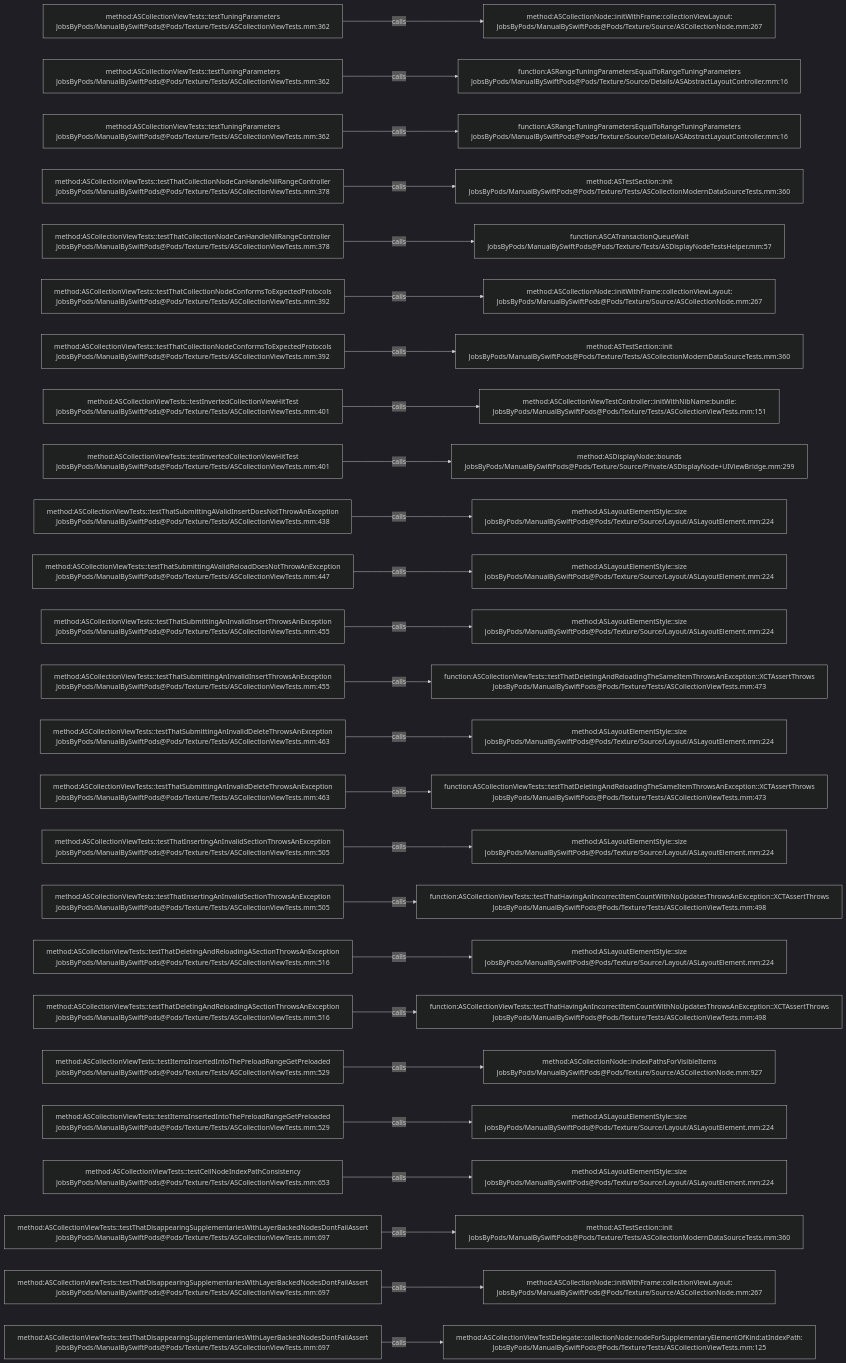
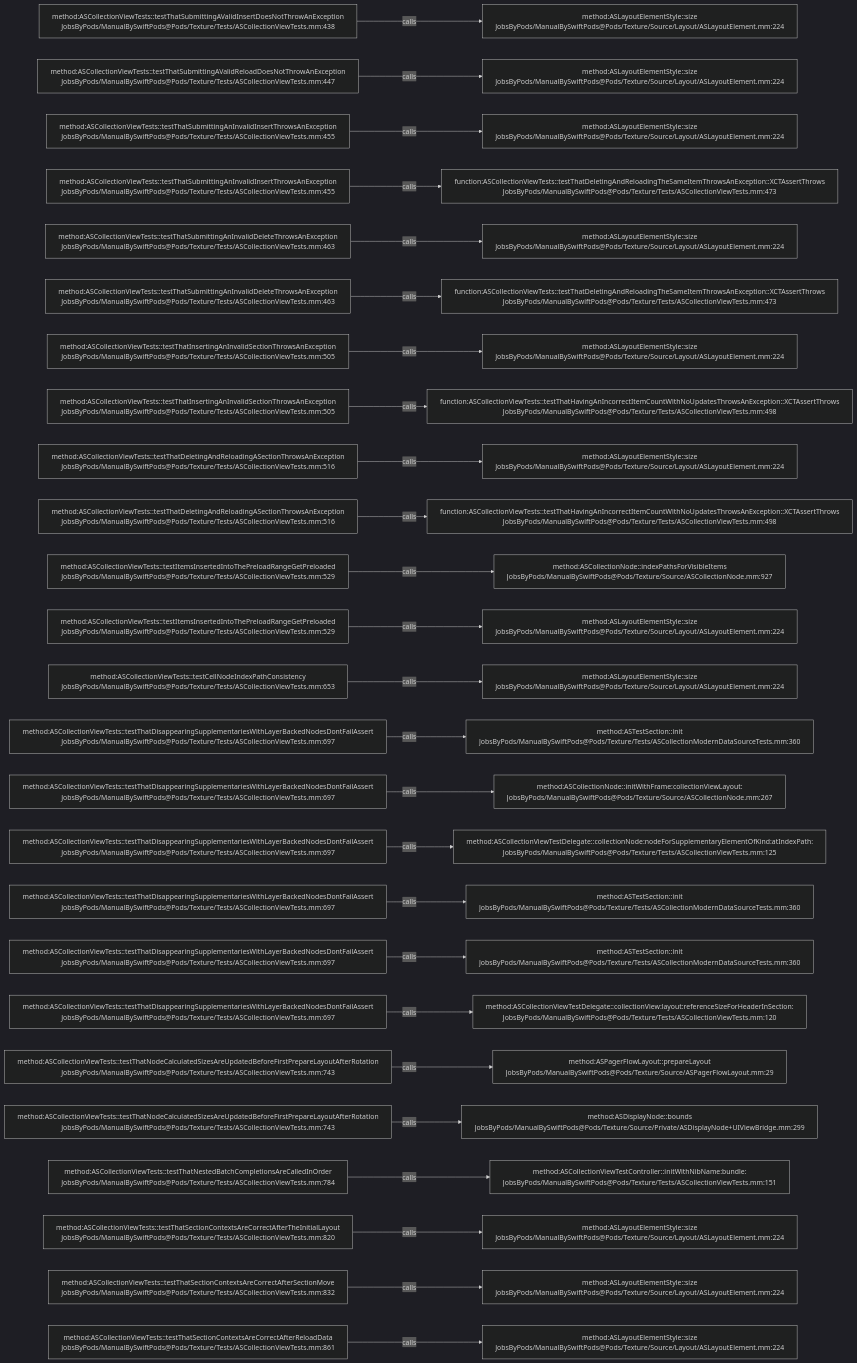
One commit to JobsKits/JobsSwiftBaseConfigDemo changed the diagram in .codegraph/codegraph.md/graphs/calls-172.md. Above: the diagram before and after it, drawn with Mermaid (dark theme). The commit also changed 707 other files, not shown here.

````diff
--- a/.codegraph/codegraph.md/graphs/calls-172.md
+++ b/.codegraph/codegraph.md/graphs/calls-172.md
@@ -13,78 +13,78 @@
 ```mermaid
 flowchart LR
-  S1["method:ASCollectionViewTests::testTuningParameters<br/>JobsByPods/ManualBySwiftPods@Pods/Texture/Tests/ASCollectionViewTests.mm:362"]
-  T1["method:ASCollectionNode::initWithFrame:collectionViewLayout:<br/>JobsByPods/ManualBySwiftPods@Pods/Texture/Source/ASCollectionNode.mm:267"]
+  S1["method:ASCollectionViewTests::testThatSubmittingAValidInsertDoesNotThrowAnException<br/>JobsByPods/ManualBySwiftPods@Pods/Texture/Tests/ASCollectionViewTests.mm:438"]
+  T1["method:ASLayoutElementStyle::size<br/>JobsByPods/ManualBySwiftPods@Pods/Texture/Source/Layout/ASLayoutElement.mm:224"]
   S1 -->|calls| T1
-  S2["method:ASCollectionViewTests::testTuningParameters<br/>JobsByPods/ManualBySwiftPods@Pods/Texture/Tests/ASCollectionViewTests.mm:362"]
-  T2["function:ASRangeTuningParametersEqualToRangeTuningParameters<br/>JobsByPods/ManualBySwiftPods@Pods/Texture/Source/Details/ASAbstractLayoutController.mm:16"]
+  S2["method:ASCollectionViewTests::testThatSubmittingAValidReloadDoesNotThrowAnException<br/>JobsByPods/ManualBySwiftPods@Pods/Texture/Tests/ASCollectionViewTests.mm:447"]
+  T2["method:ASLayoutElementStyle::size<br/>JobsByPods/ManualBySwiftPods@Pods/Texture/Source/Layout/ASLayoutElement.mm:224"]
   S2 -->|calls| T2
-  S3["method:ASCollectionViewTests::testTuningParameters<br/>JobsByPods/ManualBySwiftPods@Pods/Texture/Tests/ASCollectionViewTests.mm:362"]
-  T3["function:ASRangeTuningParametersEqualToRangeTuningParameters<br/>JobsByPods/ManualBySwiftPods@Pods/Texture/Source/Details/ASAbstractLayoutController.mm:16"]
+  S3["method:ASCollectionViewTests::testThatSubmittingAnInvalidInsertThrowsAnException<br/>JobsByPods/ManualBySwiftPods@Pods/Texture/Tests/ASCollectionViewTests.mm:455"]
+  T3["method:ASLayoutElementStyle::size<br/>JobsByPods/ManualBySwiftPods@Pods/Texture/Source/Layout/ASLayoutElement.mm:224"]
   S3 -->|calls| T3
-  S4["method:ASCollectionViewTests::testThatCollectionNodeCanHandleNilRangeController<br/>JobsByPods/ManualBySwiftPods@Pods/Texture/Tests/ASCollectionViewTests.mm:378"]
-  T4["method:ASTestSection::init<br/>JobsByPods/ManualBySwiftPods@Pods/Texture/Tests/ASCollectionModernDataSourceTests.mm:360"]
+  S4["method:ASCollectionViewTests::testThatSubmittingAnInvalidInsertThrowsAnException<br/>JobsByPods/ManualBySwiftPods@Pods/Texture/Tests/ASCollectionViewTests.mm:455"]
+  T4["function:ASCollectionViewTests::testThatDeletingAndReloadingTheSameItemThrowsAnException::XCTAssertThrows<br/>JobsByPods/ManualBySwiftPods@Pods/Texture/Tests/ASCollectionViewTests.mm:473"]
   S4 -->|calls| T4
-  S5["method:ASCollectionViewTests::testThatCollectionNodeCanHandleNilRangeController<br/>JobsByPods/ManualBySwiftPods@Pods/Texture/Tests/ASCollectionViewTests.mm:378"]
-  T5["function:ASCATransactionQueueWait<br/>JobsByPods/ManualBySwiftPods@Pods/Texture/Tests/ASDisplayNodeTestsHelper.mm:57"]
+  S5["method:ASCollectionViewTests::testThatSubmittingAnInvalidDeleteThrowsAnException<br/>JobsByPods/ManualBySwiftPods@Pods/Texture/Tests/ASCollectionViewTests.mm:463"]
+  T5["method:ASLayoutElementStyle::size<br/>JobsByPods/ManualBySwiftPods@Pods/Texture/Source/Layout/ASLayoutElement.mm:224"]
   S5 -->|calls| T5
-  S6["method:ASCollectionViewTests::testThatCollectionNodeConformsToExpectedProtocols<br/>JobsByPods/ManualBySwiftPods@Pods/Texture/Tests/ASCollectionViewTests.mm:392"]
-  T6["method:ASCollectionNode::initWithFrame:collectionViewLayout:<br/>JobsByPods/ManualBySwiftPods@Pods/Texture/Source/ASCollectionNode.mm:267"]
+  S6["method:ASCollectionViewTests::testThatSubmittingAnInvalidDeleteThrowsAnException<br/>JobsByPods/ManualBySwiftPods@Pods/Texture/Tests/ASCollectionViewTests.mm:463"]
+  T6["function:ASCollectionViewTests::testThatDeletingAndReloadingTheSameItemThrowsAnException::XCTAssertThrows<br/>JobsByPods/ManualBySwiftPods@Pods/Texture/Tests/ASCollectionViewTests.mm:473"]
   S6 -->|calls| T6
-  S7["method:ASCollectionViewTests::testThatCollectionNodeConformsToExpectedProtocols<br/>JobsByPods/ManualBySwiftPods@Pods/Texture/Tests/ASCollectionViewTests.mm:392"]
-  T7["method:ASTestSection::init<br/>JobsByPods/ManualBySwiftPods@Pods/Texture/Tests/ASCollectionModernDataSourceTests.mm:360"]
+  S7["method:ASCollectionViewTests::testThatInsertingAnInvalidSectionThrowsAnException<br/>JobsByPods/ManualBySwiftPods@Pods/Texture/Tests/ASCollectionViewTests.mm:505"]
+  T7["method:ASLayoutElementStyle::size<br/>JobsByPods/ManualBySwiftPods@Pods/Texture/Source/Layout/ASLayoutElement.mm:224"]
   S7 -->|calls| T7
-  S8["method:ASCollectionViewTests::testInvertedCollectionViewHitTest<br/>JobsByPods/ManualBySwiftPods@Pods/Texture/Tests/ASCollectionViewTests.mm:401"]
-  T8["method:ASCollectionViewTestController::initWithNibName:bundle:<br/>JobsByPods/ManualBySwiftPods@Pods/Texture/Tests/ASCollectionViewTests.mm:151"]
+  S8["method:ASCollectionViewTests::testThatInsertingAnInvalidSectionThrowsAnException<br/>JobsByPods/ManualBySwiftPods@Pods/Texture/Tests/ASCollectionViewTests.mm:505"]
+  T8["function:ASCollectionViewTests::testThatHavingAnIncorrectItemCountWithNoUpdatesThrowsAnException::XCTAssertThrows<br/>JobsByPods/ManualBySwiftPods@Pods/Texture/Tests/ASCollectionViewTests.mm:498"]
   S8 -->|calls| T8
-  S9["method:ASCollectionViewTests::testInvertedCollectionViewHitTest<br/>JobsByPods/ManualBySwiftPods@Pods/Texture/Tests/ASCollectionViewTests.mm:401"]
-  T9["method:ASDisplayNode::bounds<br/>JobsByPods/ManualBySwiftPods@Pods/Texture/Source/Private/ASDisplayNode+UIViewBridge.mm:299"]
+  S9["method:ASCollectionViewTests::testThatDeletingAndReloadingASectionThrowsAnException<br/>JobsByPods/ManualBySwiftPods@Pods/Texture/Tests/ASCollectionViewTests.mm:516"]
+  T9["method:ASLayoutElementStyle::size<br/>JobsByPods/ManualBySwiftPods@Pods/Texture/Source/Layout/ASLayoutElement.mm:224"]
   S9 -->|calls| T9
-  S10["method:ASCollectionViewTests::testThatSubmittingAValidInsertDoesNotThrowAnException<br/>JobsByPods/ManualBySwiftPods@Pods/Texture/Tests/ASCollectionViewTests.mm:438"]
-  T10["method:ASLayoutElementStyle::size<br/>JobsByPods/ManualBySwiftPods@Pods/Texture/Source/Layout/ASLayoutElement.mm:224"]
+  S10["method:ASCollectionViewTests::testThatDeletingAndReloadingASectionThrowsAnException<br/>JobsByPods/ManualBySwiftPods@Pods/Texture/Tests/ASCollectionViewTests.mm:516"]
+  T10["function:ASCollectionViewTests::testThatHavingAnIncorrectItemCountWithNoUpdatesThrowsAnException::XCTAssertThrows<br/>JobsByPods/ManualBySwiftPods@Pods/Texture/Tests/ASCollectionViewTests.mm:498"]
   S10 -->|calls| T10
-  S11["method:ASCollectionViewTests::testThatSubmittingAValidReloadDoesNotThrowAnException<br/>JobsByPods/ManualBySwiftPods@Pods/Texture/Tests/ASCollectionViewTests.mm:447"]
-  T11["method:ASLayoutElementStyle::size<br/>JobsByPods/ManualBySwiftPods@Pods/Texture/Source/Layout/ASLayoutElement.mm:224"]
+  S11["method:ASCollectionViewTests::testItemsInsertedIntoThePreloadRangeGetPreloaded<br/>JobsByPods/ManualBySwiftPods@Pods/Texture/Tests/ASCollectionViewTests.mm:529"]
+  T11["method:ASCollectionNode::indexPathsForVisibleItems<br/>JobsByPods/ManualBySwiftPods@Pods/Texture/Source/ASCollectionNode.mm:927"]
   S11 -->|calls| T11
-  S12["method:ASCollectionViewTests::testThatSubmittingAnInvalidInsertThrowsAnException<br/>JobsByPods/ManualBySwiftPods@Pods/Texture/Tests/ASCollectionViewTests.mm:455"]
+  S12["method:ASCollectionViewTests::testItemsInsertedIntoThePreloadRangeGetPreloaded<br/>JobsByPods/ManualBySwiftPods@Pods/Texture/Tests/ASCollectionViewTests.mm:529"]
   T12["method:ASLayoutElementStyle::size<br/>JobsByPods/ManualBySwiftPods@Pods/Texture/Source/Layout/ASLayoutElement.mm:224"]
   S12 -->|calls| T12
-  S13["method:ASCollectionViewTests::testThatSubmittingAnInvalidInsertThrowsAnException<br/>JobsByPods/ManualBySwiftPods@Pods/Texture/Tests/ASCollectionViewTests.mm:455"]
-  T13["function:ASCollectionViewTests::testThatDeletingAndReloadingTheSameItemThrowsAnException::XCTAssertThrows<br/>JobsByPods/ManualBySwiftPods@Pods/Texture/Tests/ASCollectionViewTests.mm:473"]
+  S13["method:ASCollectionViewTests::testCellNodeIndexPathConsistency<br/>JobsByPods/ManualBySwiftPods@Pods/Texture/Tests/ASCollectionViewTests.mm:653"]
+  T13["method:ASLayoutElementStyle::size<br/>JobsByPods/ManualBySwiftPods@Pods/Texture/Source/Layout/ASLayoutElement.mm:224"]
   S13 -->|calls| T13
-  S14["method:ASCollectionViewTests::testThatSubmittingAnInvalidDeleteThrowsAnException<br/>JobsByPods/ManualBySwiftPods@Pods/Texture/Tests/ASCollectionViewTests.mm:463"]
-  T14["method:ASLayoutElementStyle::size<br/>JobsByPods/ManualBySwiftPods@Pods/Texture/Source/Layout/ASLayoutElement.mm:224"]
+  S14["method:ASCollectionViewTests::testThatDisappearingSupplementariesWithLayerBackedNodesDontFailAssert<br/>JobsByPods/ManualBySwiftPods@Pods/Texture/Tests/ASCollectionViewTests.mm:697"]
+  T14["method:ASTestSection::init<br/>JobsByPods/ManualBySwiftPods@Pods/Texture/Tests/ASCollectionModernDataSourceTests.mm:360"]
   S14 -->|calls| T14
-  S15["method:ASCollectionViewTests::testThatSubmittingAnInvalidDeleteThrowsAnException<br/>JobsByPods/ManualBySwiftPods@Pods/Texture/Tests/ASCollectionViewTests.mm:463"]
-  T15["function:ASCollectionViewTests::testThatDeletingAndReloadingTheSameItemThrowsAnException::XCTAssertThrows<br/>JobsByPods/ManualBySwiftPods@Pods/Texture/Tests/ASCollectionViewTests.mm:473"]
+  S15["method:ASCollectionViewTests::testThatDisappearingSupplementariesWithLayerBackedNodesDontFailAssert<br/>JobsByPods/ManualBySwiftPods@Pods/Texture/Tests/ASCollectionViewTests.mm:697"]
+  T15["method:ASCollectionNode::initWithFrame:collectionViewLayout:<br/>JobsByPods/ManualBySwiftPods@Pods/Texture/Source/ASCollectionNode.mm:267"]
   S15 -->|calls| T15
-  S16["method:ASCollectionViewTests::testThatInsertingAnInvalidSectionThrowsAnException<br/>JobsByPods/ManualBySwiftPods@Pods/Texture/Tests/ASCollectionViewTests.mm:505"]
-  T16["method:ASLayoutElementStyle::size<br/>JobsByPods/ManualBySwiftPods@Pods/Texture/Source/Layout/ASLayoutElement.mm:224"]
+  S16["method:ASCollectionViewTests::testThatDisappearingSupplementariesWithLayerBackedNodesDontFailAssert<br/>JobsByPods/ManualBySwiftPods@Pods/Texture/Tests/ASCollectionViewTests.mm:697"]
+  T16["method:ASCollectionViewTestDelegate::collectionNode:nodeForSupplementaryElementOfKind:atIndexPath:<br/>JobsByPods/ManualBySwiftPods@Pods/Texture/Tests/ASCollectionViewTests.mm:125"]
   S16 -->|calls| T16
-  S17["method:ASCollectionViewTests::testThatInsertingAnInvalidSectionThrowsAnException<br/>JobsByPods/ManualBySwiftPods@Pods/Texture/Tests/ASCollectionViewTests.mm:505"]
-  T17["function:ASCollectionViewTests::testThatHavingAnIncorrectItemCountWithNoUpdatesThrowsAnException::XCTAssertThrows<br/>JobsByPods/ManualBySwiftPods@Pods/Texture/Tests/ASCollectionViewTests.mm:498"]
+  S17["method:ASCollectionViewTests::testThatDisappearingSupplementariesWithLayerBackedNodesDontFailAssert<br/>JobsByPods/ManualBySwiftPods@Pods/Texture/Tests/ASCollectionViewTests.mm:697"]
+  T17["method:ASTestSection::init<br/>JobsByPods/ManualBySwiftPods@Pods/Texture/Tests/ASCollectionModernDataSourceTests.mm:360"]
   S17 -->|calls| T17
-  S18["method:ASCollectionViewTests::testThatDeletingAndReloadingASectionThrowsAnException<br/>JobsByPods/ManualBySwiftPods@Pods/Texture/Tests/ASCollectionViewTests.mm:516"]
-  T18["method:ASLayoutElementStyle::size<br/>JobsByPods/ManualBySwiftPods@Pods/Texture/Source/Layout/ASLayoutElement.mm:224"]
+  S18["method:ASCollectionViewTests::testThatDisappearingSupplementariesWithLayerBackedNodesDontFailAssert<br/>JobsByPods/ManualBySwiftPods@Pods/Texture/Tests/ASCollectionViewTests.mm:697"]
+  T18["method:ASTestSection::init<br/>JobsByPods/ManualBySwiftPods@Pods/Texture/Tests/ASCollectionModernDataSourceTests.mm:360"]
   S18 -->|calls| T18
-  S19["method:ASCollectionViewTests::testThatDeletingAndReloadingASectionThrowsAnException<br/>JobsByPods/ManualBySwiftPods@Pods/Texture/Tests/ASCollectionViewTests.mm:516"]
-  T19["function:ASCollectionViewTests::testThatHavingAnIncorrectItemCountWithNoUpdatesThrowsAnException::XCTAssertThrows<br/>JobsByPods/ManualBySwiftPods@Pods/Texture/Tests/ASCollectionViewTests.mm:498"]
+  S19["method:ASCollectionViewTests::testThatDisappearingSupplementariesWithLayerBackedNodesDontFailAssert<br/>JobsByPods/ManualBySwiftPods@Pods/Texture/Tests/ASCollectionViewTests.mm:697"]
+  T19["method:ASCollectionViewTestDelegate::collectionView:layout:referenceSizeForHeaderInSection:<br/>JobsByPods/ManualBySwiftPods@Pods/Texture/Tests/ASCollectionViewTests.mm:120"]
   S19 -->|calls| T19
-  S20["method:ASCollectionViewTests::testItemsInsertedIntoThePreloadRangeGetPreloaded<br/>JobsByPods/ManualBySwiftPods@Pods/Texture/Tests/ASCollectionViewTests.mm:529"]
-  T20["method:ASCollectionNode::indexPathsForVisibleItems<br/>JobsByPods/ManualBySwiftPods@Pods/Texture/Source/ASCollectionNode.mm:927"]
+  S20["method:ASCollectionViewTests::testThatNodeCalculatedSizesAreUpdatedBeforeFirstPrepareLayoutAfterRotation<br/>JobsByPods/ManualBySwiftPods@Pods/Texture/Tests/ASCollectionViewTests.mm:743"]
+  T20["method:ASPagerFlowLayout::prepareLayout<br/>JobsByPods/ManualBySwiftPods@Pods/Texture/Source/ASPagerFlowLayout.mm:29"]
   S20 -->|calls| T20
-  S21["method:ASCollectionViewTests::testItemsInsertedIntoThePreloadRangeGetPreloaded<br/>JobsByPods/ManualBySwiftPods@Pods/Texture/Tests/ASCollectionViewTests.mm:529"]
-  T21["method:ASLayoutElementStyle::size<br/>JobsByPods/ManualBySwiftPods@Pods/Texture/Source/Layout/ASLayoutElement.mm:224"]
+  S21["method:ASCollectionViewTests::testThatNodeCalculatedSizesAreUpdatedBeforeFirstPrepareLayoutAfterRotation<br/>JobsByPods/ManualBySwiftPods@Pods/Texture/Tests/ASCollectionViewTests.mm:743"]
+  T21["method:ASDisplayNode::bounds<br/>JobsByPods/ManualBySwiftPods@Pods/Texture/Source/Private/ASDisplayNode+UIViewBridge.mm:299"]
   S21 -->|calls| T21
-  S22["method:ASCollectionViewTests::testCellNodeIndexPathConsistency<br/>JobsByPods/ManualBySwiftPods@Pods/Texture/Tests/ASCollectionViewTests.mm:653"]
-  T22["method:ASLayoutElementStyle::size<br/>JobsByPods/ManualBySwiftPods@Pods/Texture/Source/Layout/ASLayoutElement.mm:224"]
+  S22["method:ASCollectionViewTests::testThatNestedBatchCompletionsAreCalledInOrder<br/>JobsByPods/ManualBySwiftPods@Pods/Texture/Tests/ASCollectionViewTests.mm:784"]
+  T22["method:ASCollectionViewTestController::initWithNibName:bundle:<br/>JobsByPods/ManualBySwiftPods@Pods/Texture/Tests/ASCollectionViewTests.mm:151"]
   S22 -->|calls| T22
-  S23["method:ASCollectionViewTests::testThatDisappearingSupplementariesWithLayerBackedNodesDontFailAssert<br/>JobsByPods/ManualBySwiftPods@Pods/Texture/Tests/ASCollectionViewTests.mm:697"]
-  T23["method:ASTestSection::init<br/>JobsByPods/ManualBySwiftPods@Pods/Texture/Tests/ASCollectionModernDataSourceTests.mm:360"]
+  S23["method:ASCollectionViewTests::testThatSectionContextsAreCorrectAfterTheInitialLayout<br/>JobsByPods/ManualBySwiftPods@Pods/Texture/Tests/ASCollectionViewTests.mm:820"]
+  T23["method:ASLayoutElementStyle::size<br/>JobsByPods/ManualBySwiftPods@Pods/Texture/Source/Layout/ASLayoutElement.mm:224"]
   S23 -->|calls| T23
-  S24["method:ASCollectionViewTests::testThatDisappearingSupplementariesWithLayerBackedNodesDontFailAssert<br/>JobsByPods/ManualBySwiftPods@Pods/Texture/Tests/ASCollectionViewTests.mm:697"]
-  T24["method:ASCollectionNode::initWithFrame:collectionViewLayout:<br/>JobsByPods/ManualBySwiftPods@Pods/Texture/Source/ASCollectionNode.mm:267"]
+  S24["method:ASCollectionViewTests::testThatSectionContextsAreCorrectAfterSectionMove<br/>JobsByPods/ManualBySwiftPods@Pods/Texture/Tests/ASCollectionViewTests.mm:832"]
+  T24["method:ASLayoutElementStyle::size<br/>JobsByPods/ManualBySwiftPods@Pods/Texture/Source/Layout/ASLayoutElement.mm:224"]
   S24 -->|calls| T24
-  S25["method:ASCollectionViewTests::testThatDisappearingSupplementariesWithLayerBackedNodesDontFailAssert<br/>JobsByPods/ManualBySwiftPods@Pods/Texture/Tests/ASCollectionViewTests.mm:697"]
-  T25["method:ASCollectionViewTestDelegate::collectionNode:nodeForSupplementaryElementOfKind:atIndexPath:<br/>JobsByPods/ManualBySwiftPods@Pods/Texture/Tests/ASCollectionViewTests.mm:125"]
+  S25["method:ASCollectionViewTests::testThatSectionContextsAreCorrectAfterReloadData<br/>JobsByPods/ManualBySwiftPods@Pods/Texture/Tests/ASCollectionViewTests.mm:861"]
+  T25["method:ASLayoutElementStyle::size<br/>JobsByPods/ManualBySwiftPods@Pods/Texture/Source/Layout/ASLayoutElement.mm:224"]
   S25 -->|calls| T25
 ```
````
